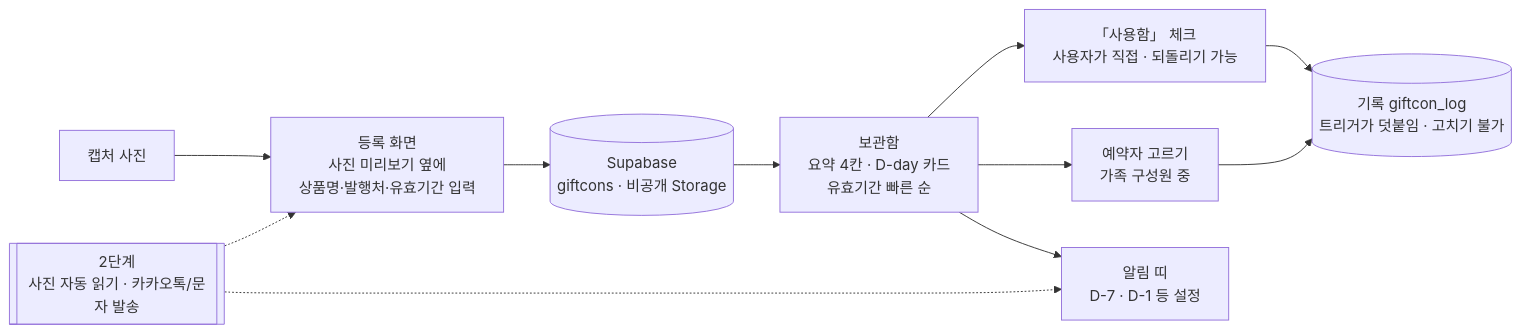
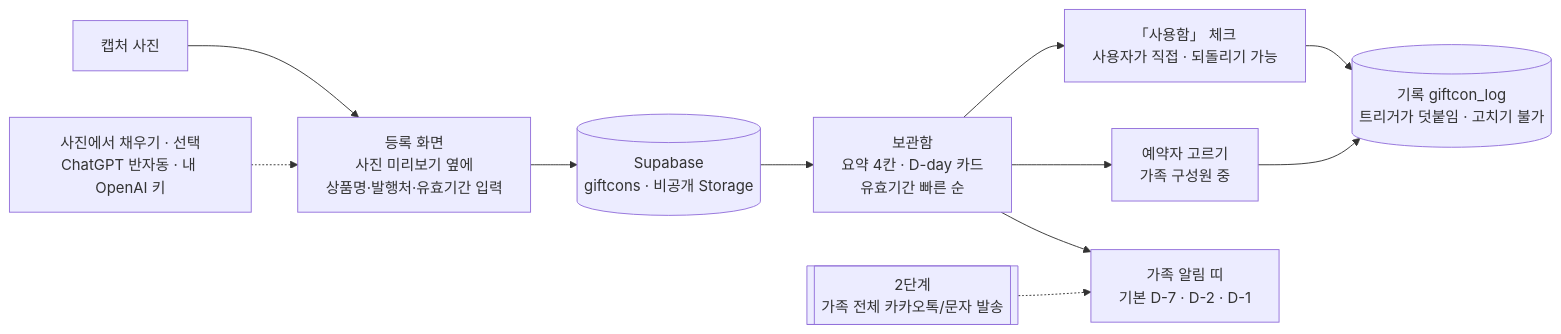
The diagram in docs/01_프로젝트_기획서.md (aebonlee/data09-21), drawn with Mermaid before and after one commit. The commit also changed other lines of this file and 15 other files, not shown here.

First line of the commit message:
수강생 답변 반영 — 알림 기본 D-7·D-2·D-1·가족 알림, 금액형 잔액(나눠 쓰기 RPC), 사진에서 채우기(선택 도우미), 기획서 v0.2

````diff
--- a/docs/01_프로젝트_기획서.md
+++ b/docs/01_프로젝트_기획서.md
@@ -47,11 +47,12 @@
 ```mermaid
 flowchart LR
   P[캡처 사진] --> F[등록 화면<br/>사진 미리보기 옆에<br/>상품명·발행처·유효기간 입력]
   F --> DB[(Supabase<br/>giftcons · 비공개 Storage)]
   DB --> B[보관함<br/>요약 4칸 · D-day 카드<br/>유효기간 빠른 순]
   B --> U[「사용함」 체크<br/>사용자가 직접 · 되돌리기 가능]
   B --> R[예약자 고르기<br/>가족 구성원 중]
   U & R --> LOG[(기록 giftcon_log<br/>트리거가 덧붙임 · 고치기 불가)]
-  B --> A[알림 띠<br/>D-7 · D-1 등 설정]
-  X[[2단계<br/>사진 자동 읽기 · 카카오톡/문자 발송]] -.-> F & A
+  B --> A[가족 알림 띠<br/>기본 D-7 · D-2 · D-1]
+  AI[사진에서 채우기 · 선택<br/>ChatGPT 반자동 · 내 OpenAI 키] -.-> F
+  X[[2단계<br/>가족 전체 카카오톡/문자 발송]] -.-> A
 ```
````
